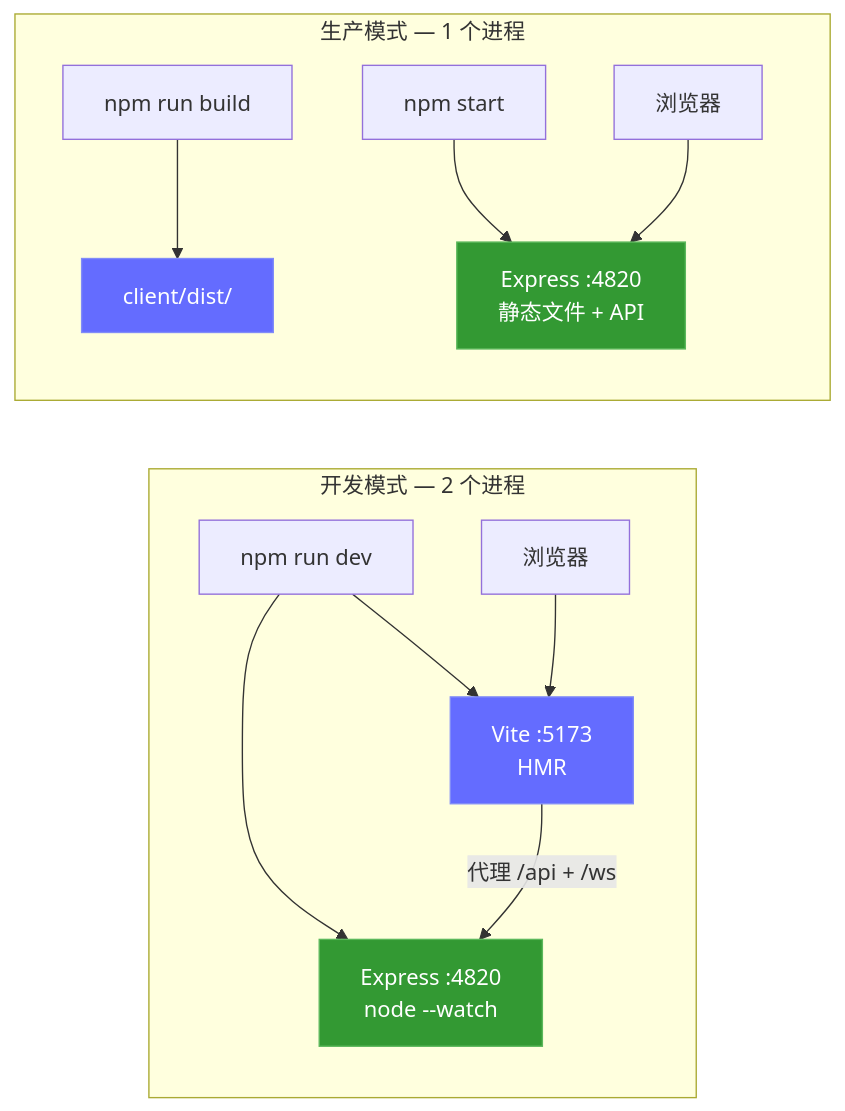
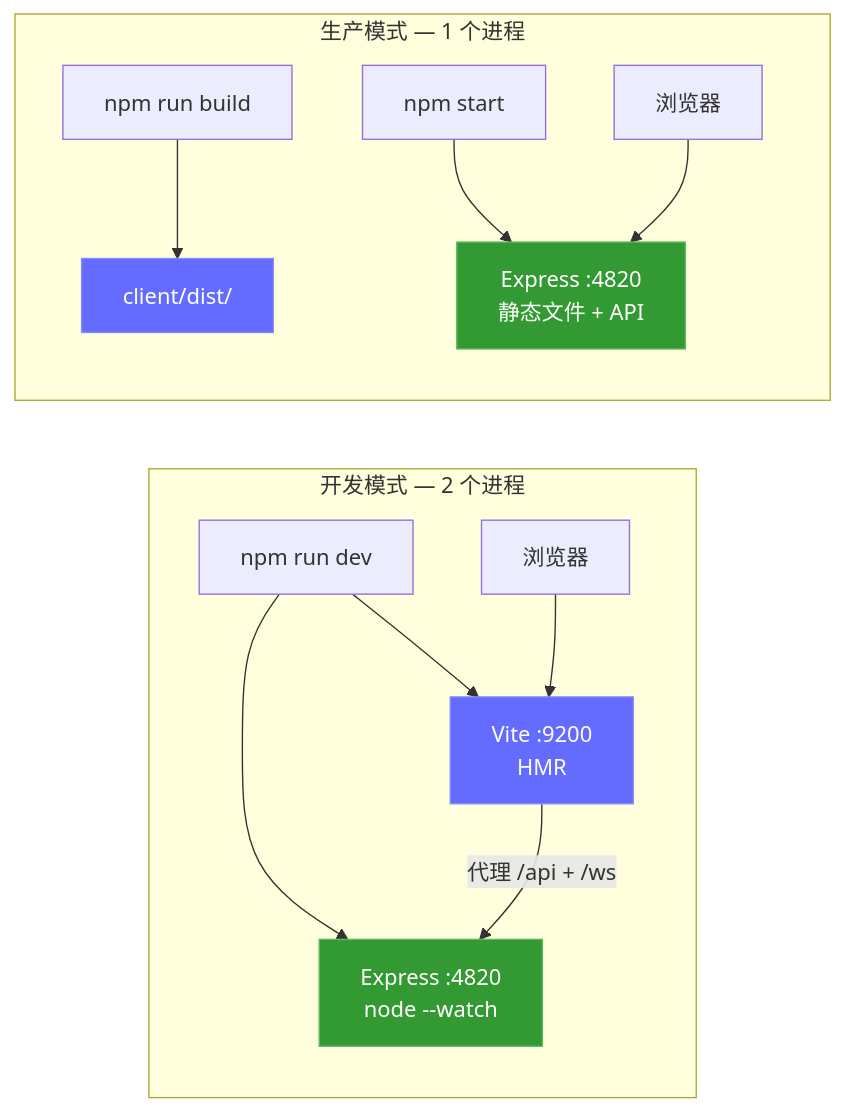
Before and after one commit to saralafleur/Claude-Code-Agent-Monitor: diagram 21 of 23 in README-CN.md, drawn with Mermaid. The commit also changed other lines of this file and 45 other files, not shown here.

````diff
--- a/README-CN.md
+++ b/README-CN.md
@@ -1925,20 +1925,20 @@
 ```mermaid
 graph LR
     subgraph dev["开发模式 — 2 个进程"]
         D_CMD["npm run dev"] --> D_SRV["Express :4820<br/>node --watch"]
-        D_CMD --> D_VITE["Vite :5173<br/>HMR"]
+        D_CMD --> D_VITE["Vite :9200<br/>HMR"]
         D_BROWSER["浏览器"] --> D_VITE
         D_VITE -->|"代理 /api + /ws"| D_SRV
     end
 
     subgraph prod["生产模式 — 1 个进程"]
         P_BUILD["npm run build"] --> P_DIST["client/dist/"]
         P_START["npm start"] --> P_SRV["Express :4820<br/>静态文件 + API"]
         P_BROWSER["浏览器"] --> P_SRV
     end
 
     style D_VITE fill:#646CFF,stroke:#818cf8,color:#fff
     style D_SRV fill:#339933,stroke:#5cb85c,color:#fff
     style P_SRV fill:#339933,stroke:#5cb85c,color:#fff
     style P_DIST fill:#646CFF,stroke:#818cf8,color:#fff
 ```
````
